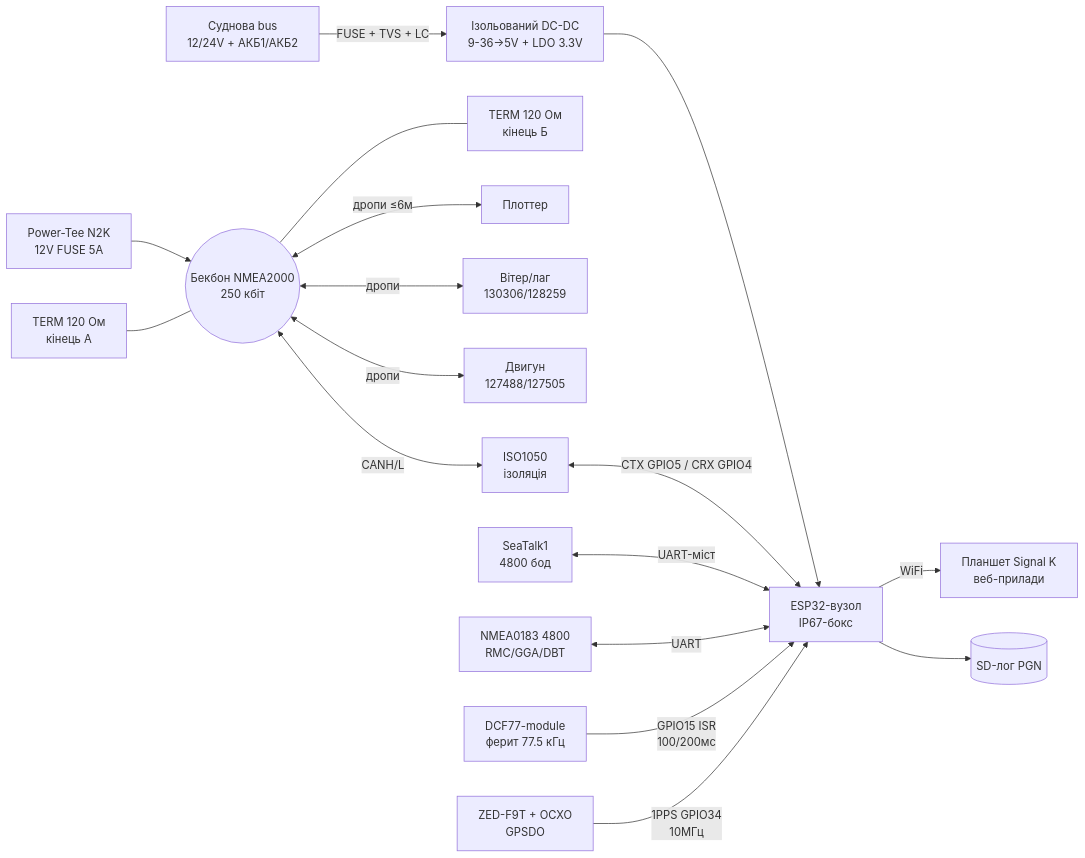
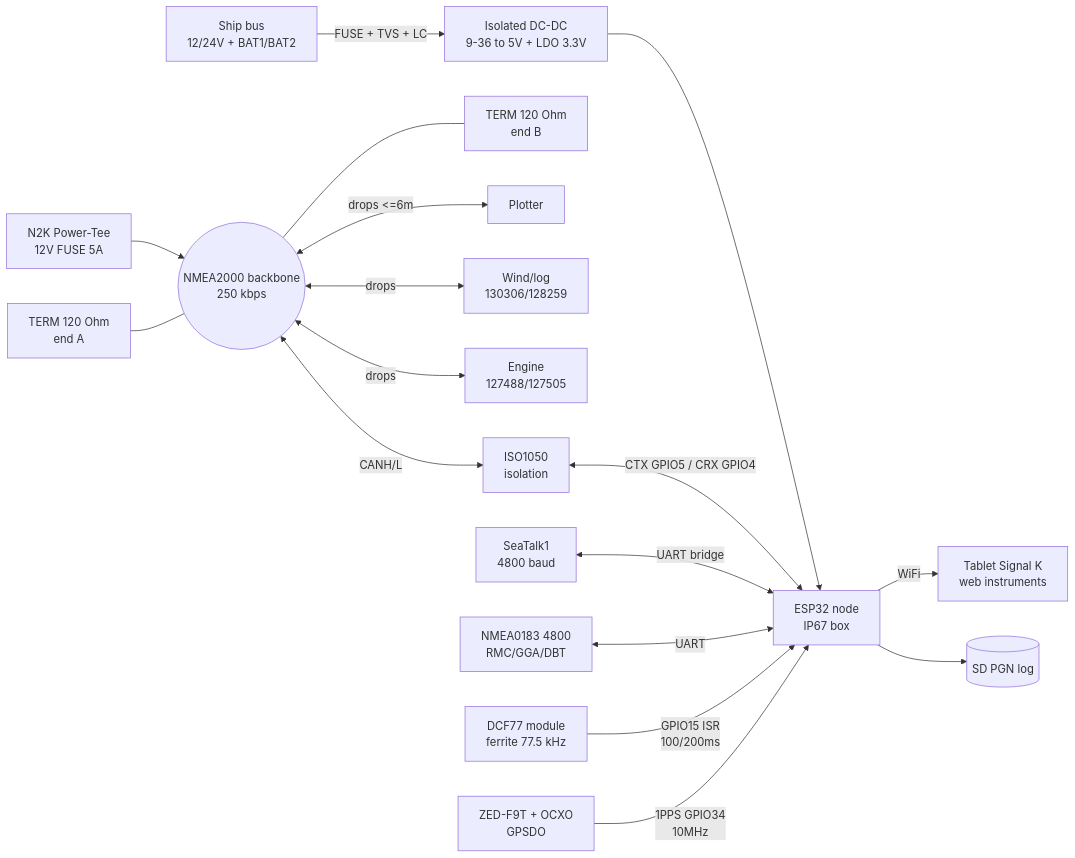
One commit to ksalab/embedded-reference changed the diagram in obsidian_vault/ESP32-Reference/EN/12-Comm-Modules/23-Marine-Time.en.md. Above: the diagram before and after it, drawn with Mermaid. The commit also changed other lines of this file and 76 other files, not shown here.

````diff
--- a/obsidian_vault/ESP32-Reference/EN/12-Comm-Modules/23-Marine-Time.en.md
+++ b/obsidian_vault/ESP32-Reference/EN/12-Comm-Modules/23-Marine-Time.en.md
@@ -390,19 +390,19 @@
 ```mermaid
 graph LR
-    SHIP[Суднова bus<br/>12/24V + АКБ1/АКБ2] -->|FUSE + TVS + LC| DCDC[Ізольований DC-DC<br/>9-36→5V + LDO 3.3V]
-    DCDC --> ESP32[ESP32-вузол<br/>IP67-бокс]
-    PTEE[Power-Tee N2K<br/>12V FUSE 5A] --> BB((Бекбон NMEA2000<br/>250 кбіт))
-    T1[TERM 120 Ом<br/>кінець А] --- BB
-    BB --- T2[TERM 120 Ом<br/>кінець Б]
-    BB <-->|дропи ≤6м| PLOT[Плоттер]
-    BB <-->|дропи| WIND[Вітер/лаг<br/>130306/128259]
-    BB <-->|дропи| ENG[Двигун<br/>127488/127505]
-    BB <-->|CANH/L| ISO[ISO1050<br/>ізоляція]
+    SHIP[Ship bus<br/>12/24V + BAT1/BAT2] -->|FUSE + TVS + LC| DCDC[Isolated DC-DC<br/>9-36 to 5V + LDO 3.3V]
+    DCDC --> ESP32[ESP32 node<br/>IP67 box]
+    PTEE[N2K Power-Tee<br/>12V FUSE 5A] --> BB((NMEA2000 backbone<br/>250 kbps))
+    T1[TERM 120 Ohm<br/>end A] --- BB
+    BB --- T2[TERM 120 Ohm<br/>end B]
+    BB <-->|drops <=6m| PLOT[Plotter]
+    BB <-->|drops| WIND[Wind/log<br/>130306/128259]
+    BB <-->|drops| ENG[Engine<br/>127488/127505]
+    BB <-->|CANH/L| ISO[ISO1050<br/>isolation]
     ISO <-->|CTX GPIO5 / CRX GPIO4| ESP32
-    ST[SeaTalk1<br/>4800 бод] <-->|UART-міст| ESP32
+    ST[SeaTalk1<br/>4800 baud] <-->|UART bridge| ESP32
     N183[NMEA0183 4800<br/>RMC/GGA/DBT] <-->|UART| ESP32
-    DCF[DCF77-module<br/>ферит 77.5 кГц] -->|GPIO15 ISR<br/>100/200мс| ESP32
-    F9T[ZED-F9T + OCXO<br/>GPSDO] -->|1PPS GPIO34<br/>10МГц| ESP32
-    ESP32 -->|WiFi| TAB[Планшет Signal K<br/>веб-прилади]
-    ESP32 --> SD[(SD-лог PGN)]
+    DCF[DCF77 module<br/>ferrite 77.5 kHz] -->|GPIO15 ISR<br/>100/200ms| ESP32
+    F9T[ZED-F9T + OCXO<br/>GPSDO] -->|1PPS GPIO34<br/>10MHz| ESP32
+    ESP32 -->|WiFi| TAB[Tablet Signal K<br/>web instruments]
+    ESP32 --> SD[(SD PGN log)]
 ```
````
